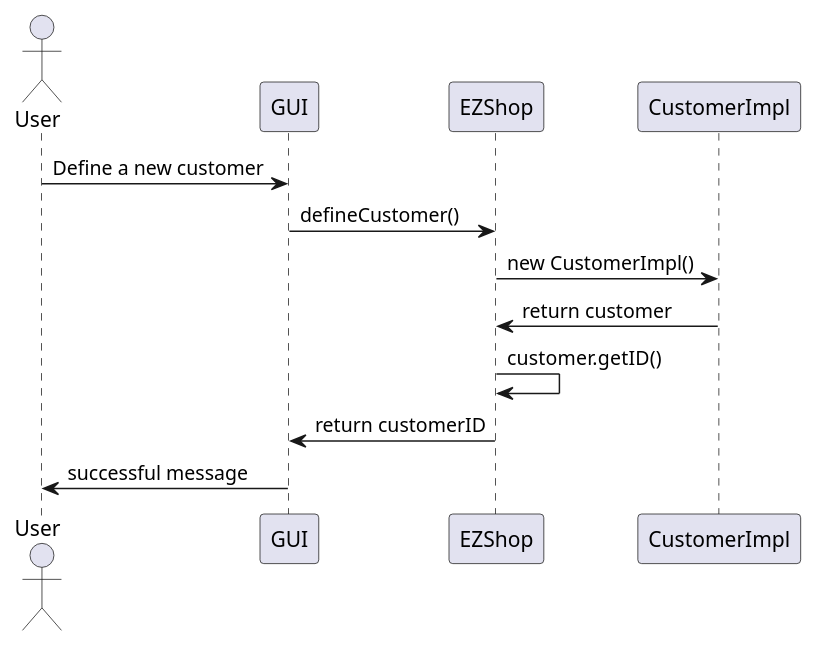
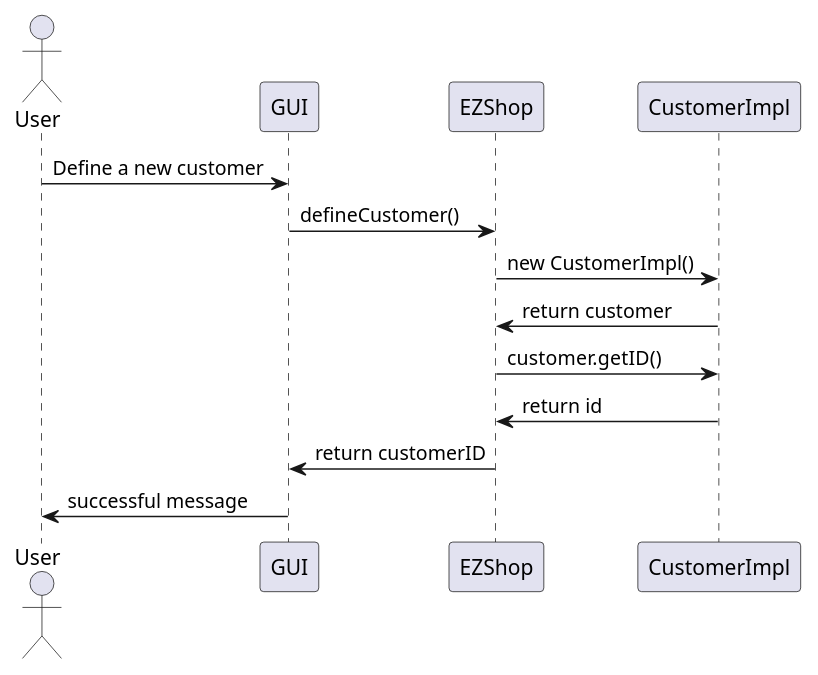
The tenth of 19 diagrams in Deliverables/DesignDocument.md (ThePiromaximus/ezshop), drawn with PlantUML before and after one commit. The commit also changed other lines of this file, not shown here.

````diff
--- a/Deliverables/DesignDocument.md
+++ b/Deliverables/DesignDocument.md
@@ -387,12 +387,13 @@
 ```plantuml
 @startuml
 Actor User as U
 U -> GUI: Define a new customer
 GUI -> EZShop: defineCustomer()
 EZShop -> CustomerImpl: new CustomerImpl()
 EZShop <- CustomerImpl: return customer
-EZShop -> EZShop : customer.getID()
+EZShop -> CustomerImpl : customer.getID()
+CustomerImpl -> EZShop : return id
 GUI <- EZShop: return customerID
 U <- GUI: successful message
 @enduml
 ```
````
